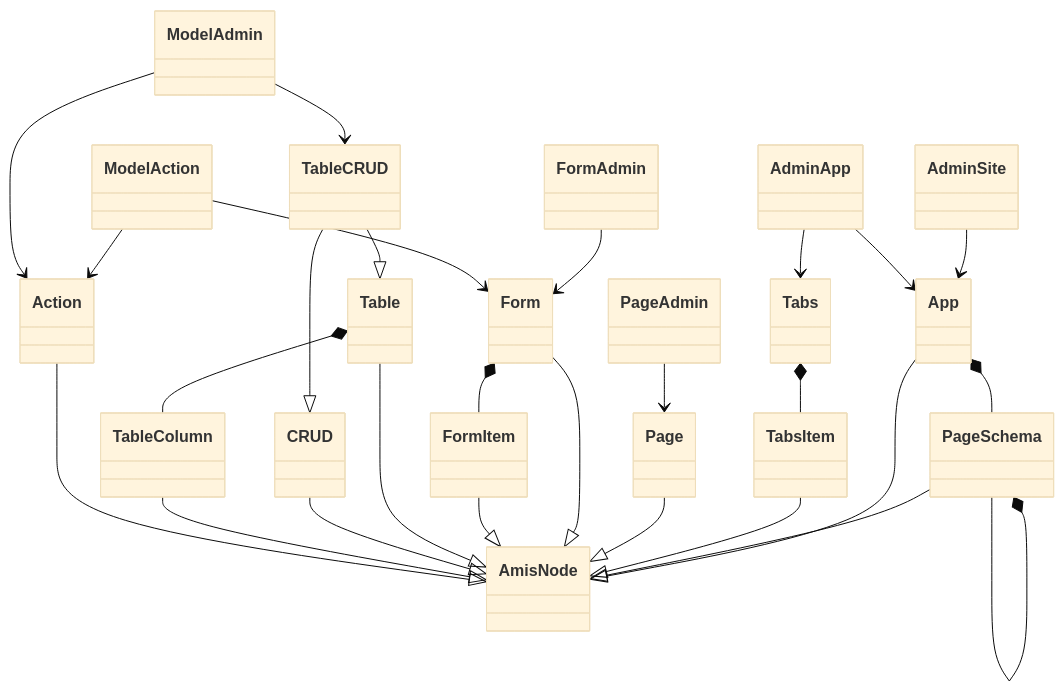
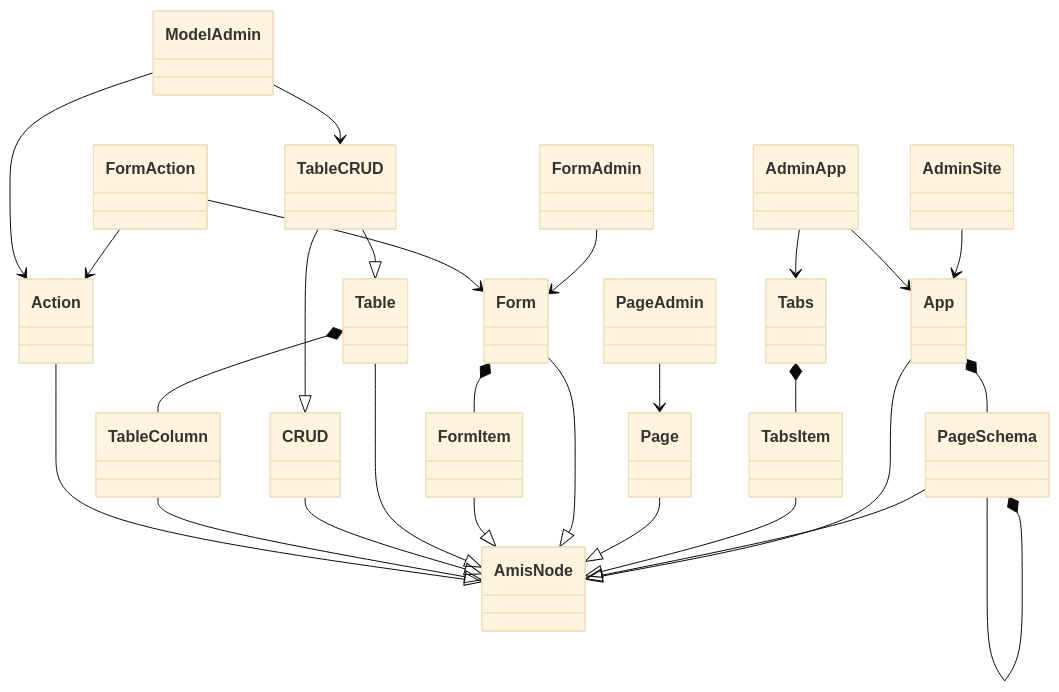
The second of 2 diagrams in docs/zh/docs/amis_admin/BaseAdmin.md (amisadmin/fastapi-amis-admin), drawn with Mermaid (base theme) before and after one commit. The commit also changed other lines of this file and 1 other file, not shown here.

Commit message:
docs: Updated Admin class diagram.

````diff
--- a/docs/zh/docs/amis_admin/BaseAdmin.md
+++ b/docs/zh/docs/amis_admin/BaseAdmin.md
@@ -94,34 +91,34 @@
 ```mermaid
 classDiagram
 AdminSite --> App
 App --|> AmisNode
 App *-- PageSchema
 PageSchema --|> AmisNode
 PageSchema *-- PageSchema
 
 AdminApp --> App
 AdminApp --> Tabs
 Tabs *-- TabsItem
 TabsItem --|> AmisNode
 
 Page --|> AmisNode
 PageAdmin --> Page
 
 Form --|> AmisNode
 FormItem --|> AmisNode
 Form *-- FormItem
 FormAdmin --> Form
 
 Table --|> AmisNode
 CRUD --|> AmisNode
 TableCRUD --|> Table
 TableCRUD --|> CRUD
 Table *-- TableColumn
 TableColumn --|> AmisNode
 Action --|> AmisNode
-ModelAction --> Form
-ModelAction --> Action
+FormAction --> Form
+FormAction --> Action
 ModelAdmin --> TableCRUD
 ModelAdmin --> Action
 
 ```
````
